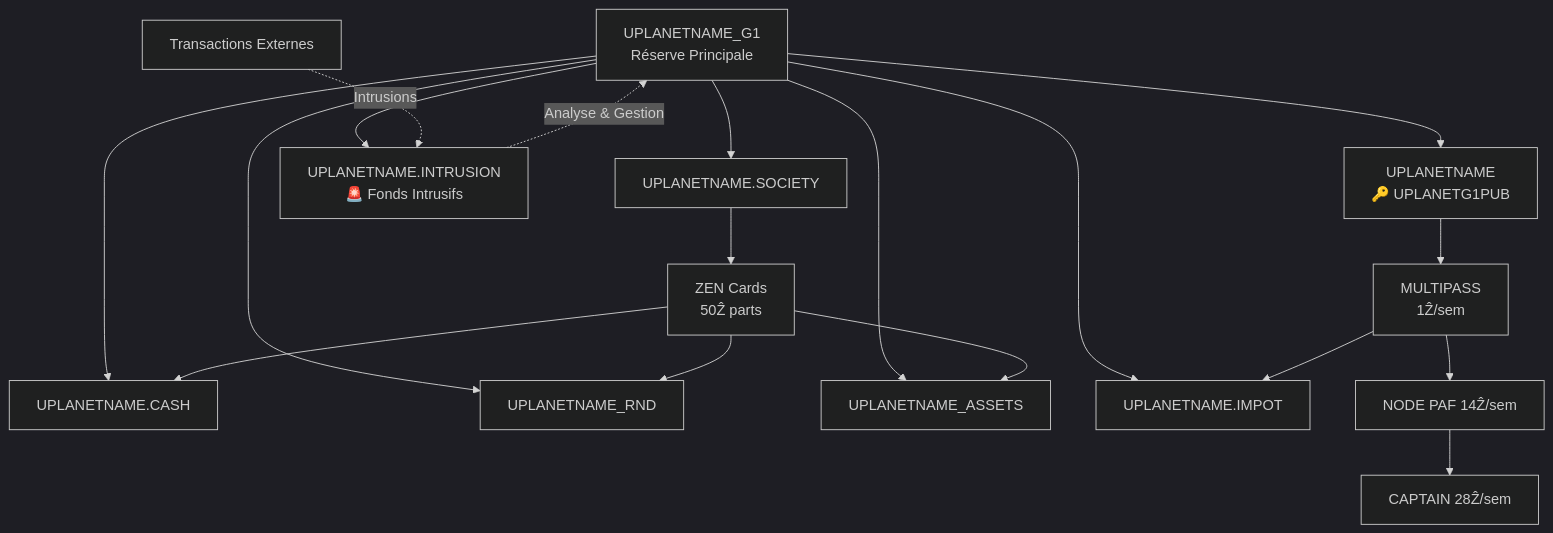
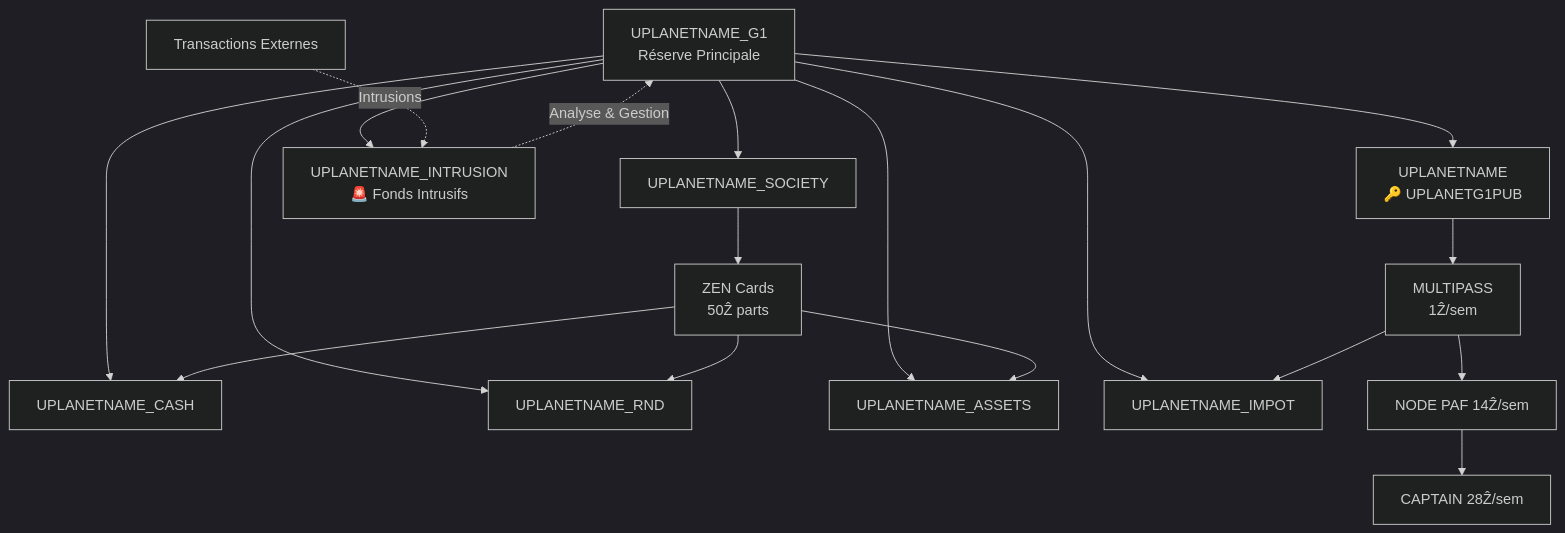
One commit to papiche/Astroport.ONE changed the diagram in RUNTIME/ZEN.INTRUSION.POLICY.md. Above: the diagram before and after it, drawn with Mermaid (dark theme). The commit also changed other lines of this file and 27 other files, not shown here.

````diff
--- a/RUNTIME/ZEN.INTRUSION.POLICY.md
+++ b/RUNTIME/ZEN.INTRUSION.POLICY.md
@@ -5,25 +5,25 @@
 ```mermaid
 graph TD
     G1[UPLANETNAME_G1<br/>Réserve Principale] --> UP[UPLANETNAME<br/>🔑 UPLANETG1PUB]
-    G1 --> SOC[UPLANETNAME.SOCIETY]
-    G1 --> CASH[UPLANETNAME.CASH]
+    G1 --> SOC[UPLANETNAME_SOCIETY]
+    G1 --> CASH[UPLANETNAME_CASH]
     G1 --> RND[UPLANETNAME_RND]
     G1 --> ASSETS[UPLANETNAME_ASSETS]
-    G1 --> IMPOT[UPLANETNAME.IMPOT]
-    G1 --> INTRUSION[UPLANETNAME.INTRUSION<br/>🚨 Fonds Intrusifs]
+    G1 --> IMPOT[UPLANETNAME_IMPOT]
+    G1 --> INTRUSION[UPLANETNAME_INTRUSION<br/>🚨 Fonds Intrusifs]
     
     UP --> MP[MULTIPASS<br/>1Ẑ/sem]
     SOC --> ZC[ZEN Cards<br/>50Ẑ parts]
     
     ZC --> CASH
     ZC --> RND
     ZC --> ASSETS
     
     MP --> NODE[NODE PAF 14Ẑ/sem]
     NODE --> CAPT[CAPTAIN 28Ẑ/sem]
     MP --> IMPOT
     
     %% Flux d'intrusions
     EXTERNAL[Transactions Externes] -.->|Intrusions| INTRUSION
     INTRUSION -.->|Analyse & Gestion| G1
 ```
````
